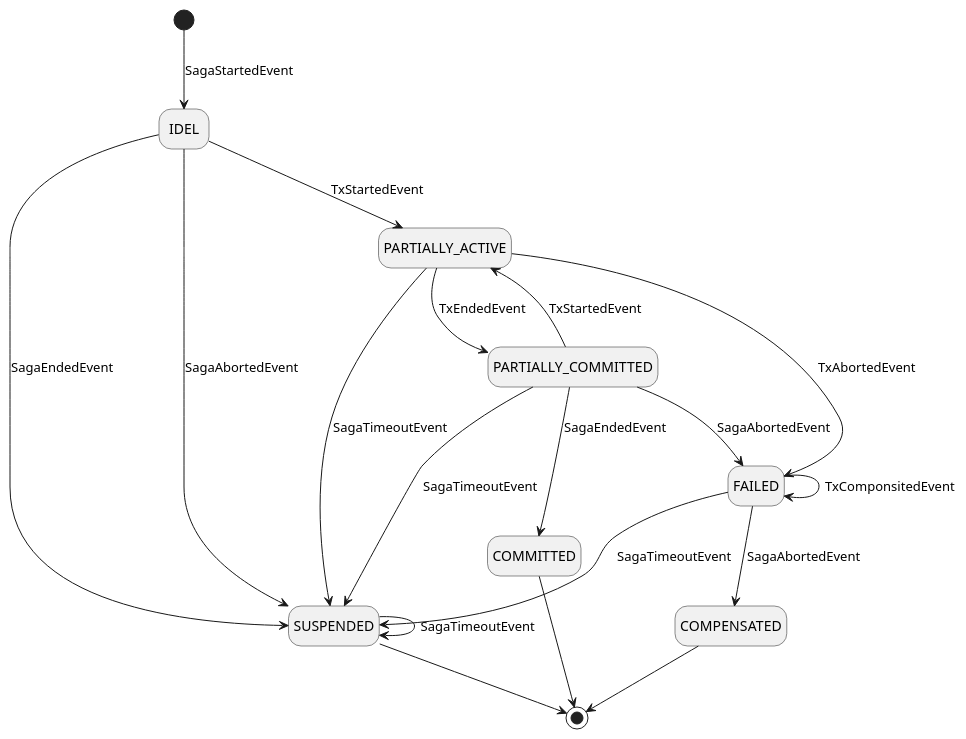
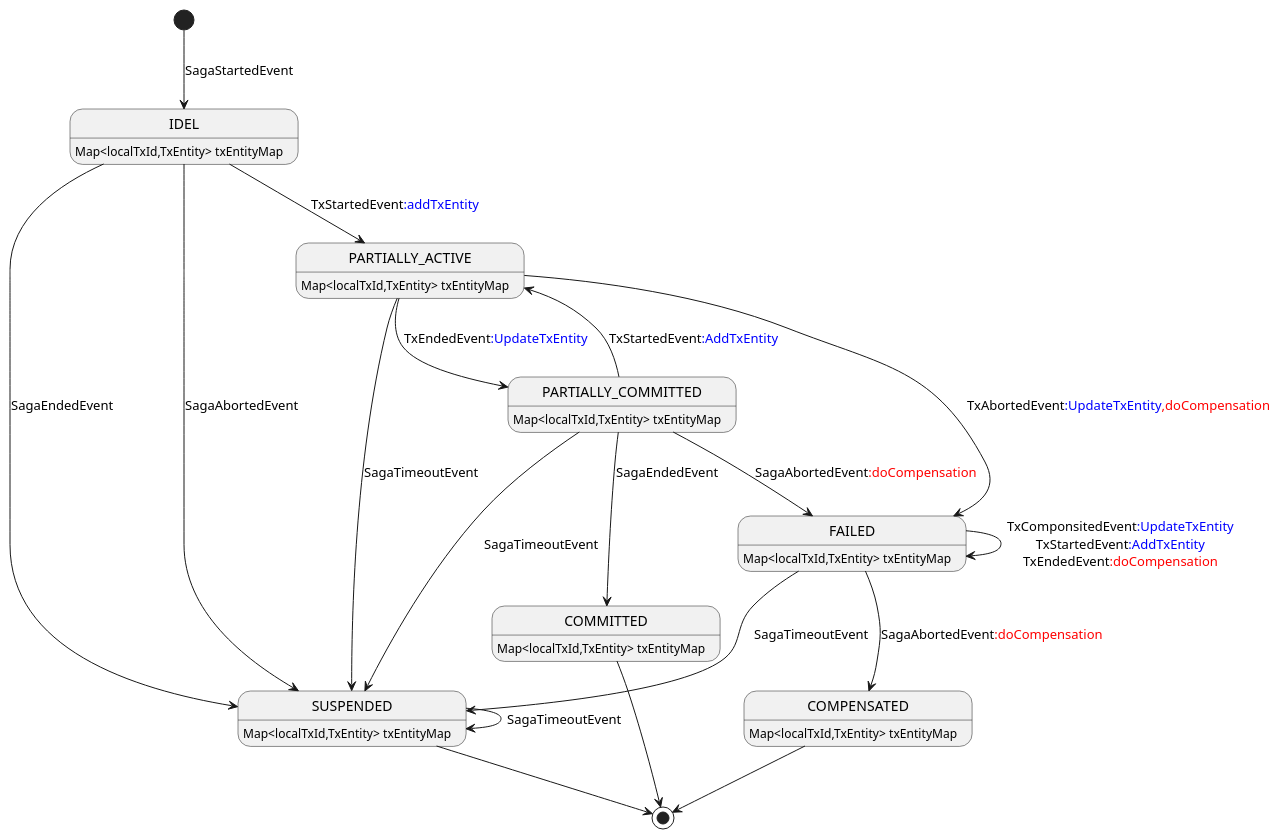
The diagram in state_machine_demo/saga-akkafsm/plantuml/saga-state-diagram.puml (coolbeevip/playground), drawn with PlantUML before and after one commit. The commit also changed 1 other file, not shown here.

```diff
--- a/state_machine_demo/saga-akkafsm/plantuml/saga-state-diagram.puml
+++ b/state_machine_demo/saga-akkafsm/plantuml/saga-state-diagram.puml
@@ -1,40 +1,48 @@
 @startuml
 hide empty description
 
 [*] --> IDEL : SagaStartedEvent
 
-IDEL --> PARTIALLY_ACTIVE : TxStartedEvent
+IDEL --> PARTIALLY_ACTIVE : TxStartedEvent<font color=blue>:addTxEntity</font>
 
 IDEL --> SUSPENDED : SagaEndedEvent
 
 IDEL --> SUSPENDED : SagaAbortedEvent
 
 PARTIALLY_COMMITTED --> COMMITTED : SagaEndedEvent
 
-PARTIALLY_COMMITTED --> PARTIALLY_ACTIVE : TxStartedEvent
+PARTIALLY_COMMITTED --> PARTIALLY_ACTIVE : TxStartedEvent<font color=blue>:AddTxEntity</font>
 
-PARTIALLY_COMMITTED --> FAILED : SagaAbortedEvent
+PARTIALLY_COMMITTED --> FAILED : SagaAbortedEvent<font color=red>:doCompensation</font>
 
 PARTIALLY_COMMITTED --> SUSPENDED : SagaTimeoutEvent
 
-PARTIALLY_ACTIVE --> PARTIALLY_COMMITTED : TxEndedEvent
+PARTIALLY_ACTIVE --> PARTIALLY_COMMITTED : TxEndedEvent<font color=blue>:UpdateTxEntity</font>
 
-PARTIALLY_ACTIVE --> FAILED : TxAbortedEvent
+PARTIALLY_ACTIVE --> FAILED : TxAbortedEvent<font color=blue>:UpdateTxEntity</font><font color=red>,doCompensation</font>
 
 PARTIALLY_ACTIVE --> SUSPENDED : SagaTimeoutEvent
 
 SUSPENDED --> SUSPENDED : SagaTimeoutEvent
 
-FAILED --> COMPENSATED : SagaAbortedEvent
+FAILED --> COMPENSATED : SagaAbortedEvent<font color=red>:doCompensation</font>
 
 FAILED --> SUSPENDED : SagaTimeoutEvent
 
-FAILED --> FAILED : TxComponsitedEvent
+FAILED --> FAILED : TxComponsitedEvent<font color=blue>:UpdateTxEntity</font>\nTxStartedEvent<font color=blue>:AddTxEntity</font>\nTxEndedEvent<font color=red>:doCompensation</font>
 
 COMPENSATED --> [*]
 
 COMMITTED --> [*]
 
 SUSPENDED --> [*]
 
+IDEL: Map<localTxId,TxEntity> txEntityMap
+PARTIALLY_ACTIVE: Map<localTxId,TxEntity> txEntityMap
+PARTIALLY_COMMITTED: Map<localTxId,TxEntity> txEntityMap
+FAILED: Map<localTxId,TxEntity> txEntityMap
+COMMITTED: Map<localTxId,TxEntity> txEntityMap
+COMPENSATED: Map<localTxId,TxEntity> txEntityMap
+SUSPENDED: Map<localTxId,TxEntity> txEntityMap
+
 @enduml
```
